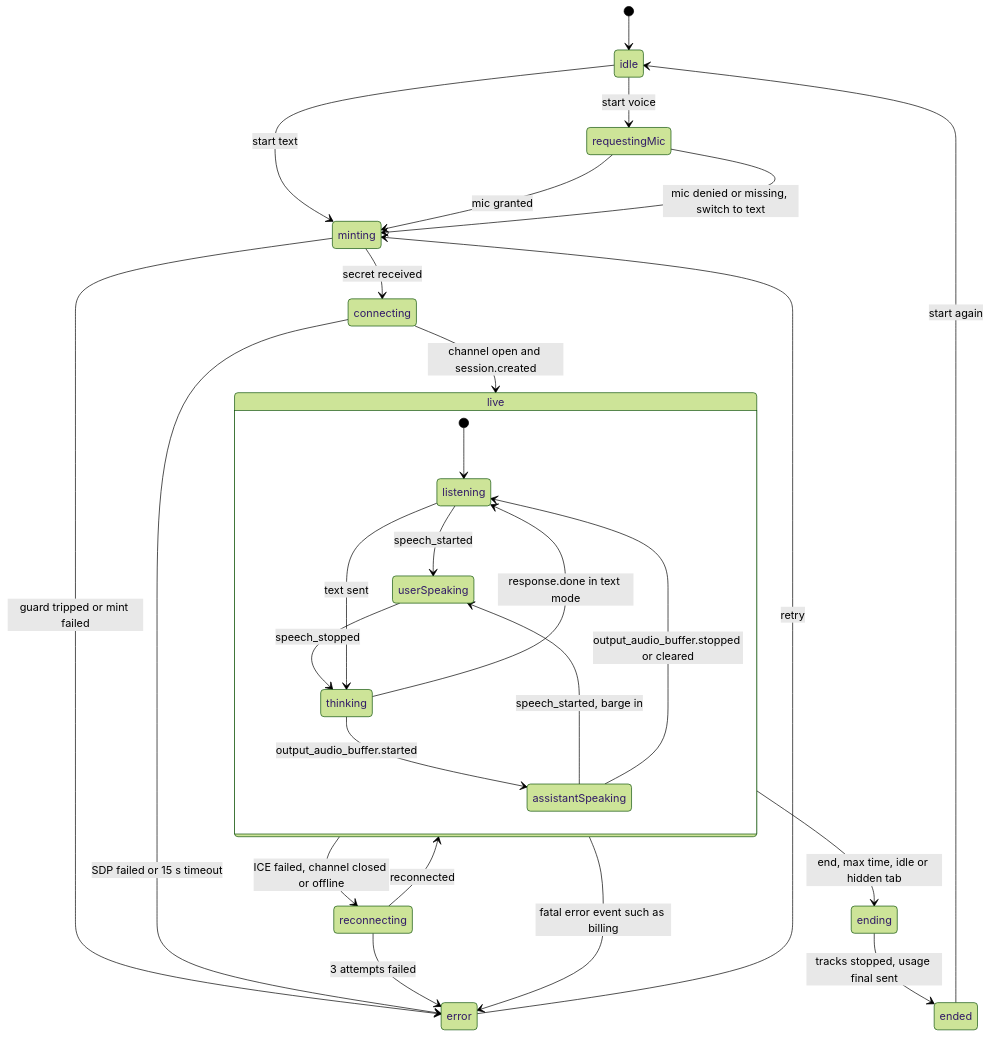
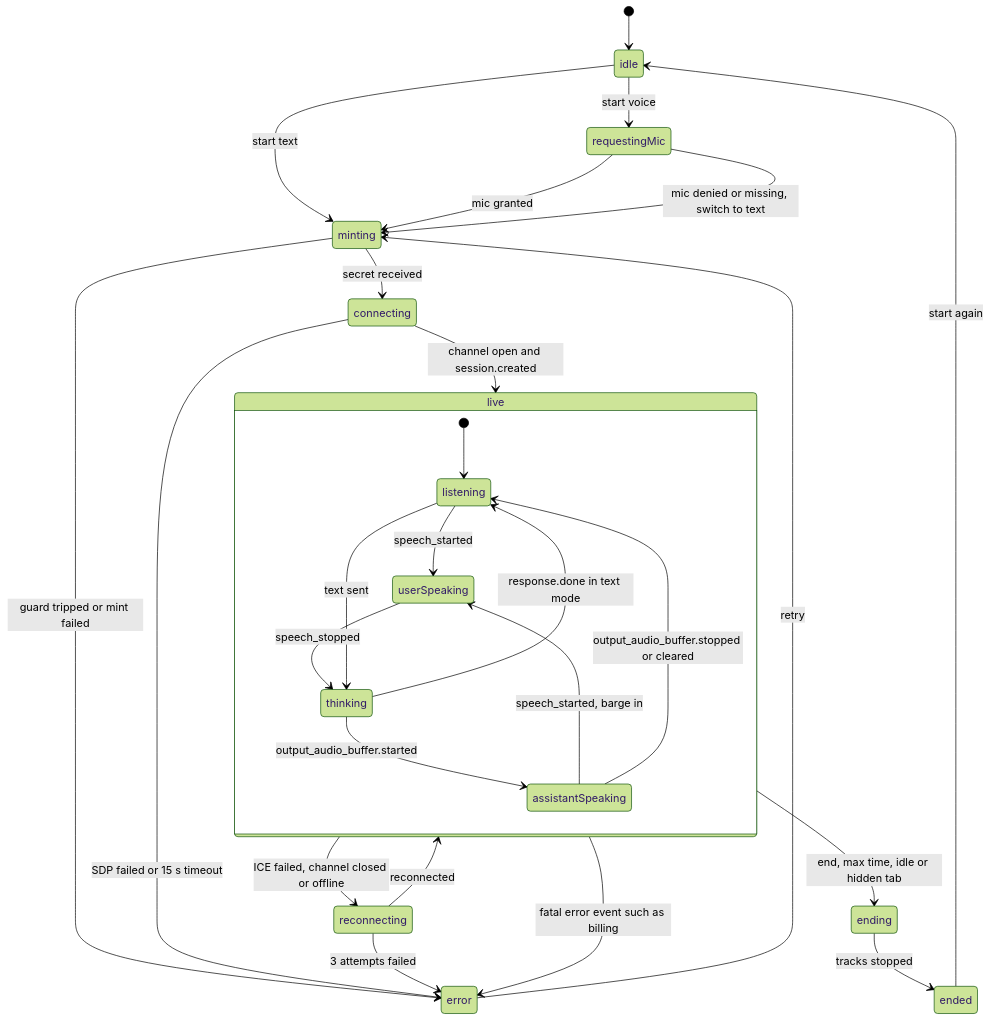
The fifth of 5 diagrams in docs/ARCHITECTURE.md (Otm02/talk-to-doc), drawn with Mermaid (forest theme) before and after one commit. The commit also changed other lines of this file and 14 other files, not shown here.

````diff
--- a/docs/ARCHITECTURE.md
+++ b/docs/ARCHITECTURE.md
@@ -297,30 +291,30 @@
 ```mermaid
 stateDiagram-v2
     [*] --> idle
     idle --> requestingMic: start voice
     idle --> minting: start text
     requestingMic --> minting: mic granted
     requestingMic --> minting: mic denied or missing, switch to text
     minting --> connecting: secret received
     minting --> error: guard tripped or mint failed
     connecting --> live: channel open and session.created
     connecting --> error: SDP failed or 15 s timeout
     state live {
         [*] --> listening
         listening --> userSpeaking: speech_started
         userSpeaking --> thinking: speech_stopped
         listening --> thinking: text sent
         thinking --> assistantSpeaking: output_audio_buffer.started
         thinking --> listening: response.done in text mode
         assistantSpeaking --> userSpeaking: speech_started, barge in
         assistantSpeaking --> listening: output_audio_buffer.stopped or cleared
     }
     live --> reconnecting: ICE failed, channel closed or offline
     reconnecting --> live: reconnected
     reconnecting --> error: 3 attempts failed
     live --> ending: end, max time, idle or hidden tab
     live --> error: fatal error event such as billing
-    ending --> ended: tracks stopped, usage final sent
+    ending --> ended: tracks stopped
     error --> minting: retry
     ended --> idle: start again
 ```
````
